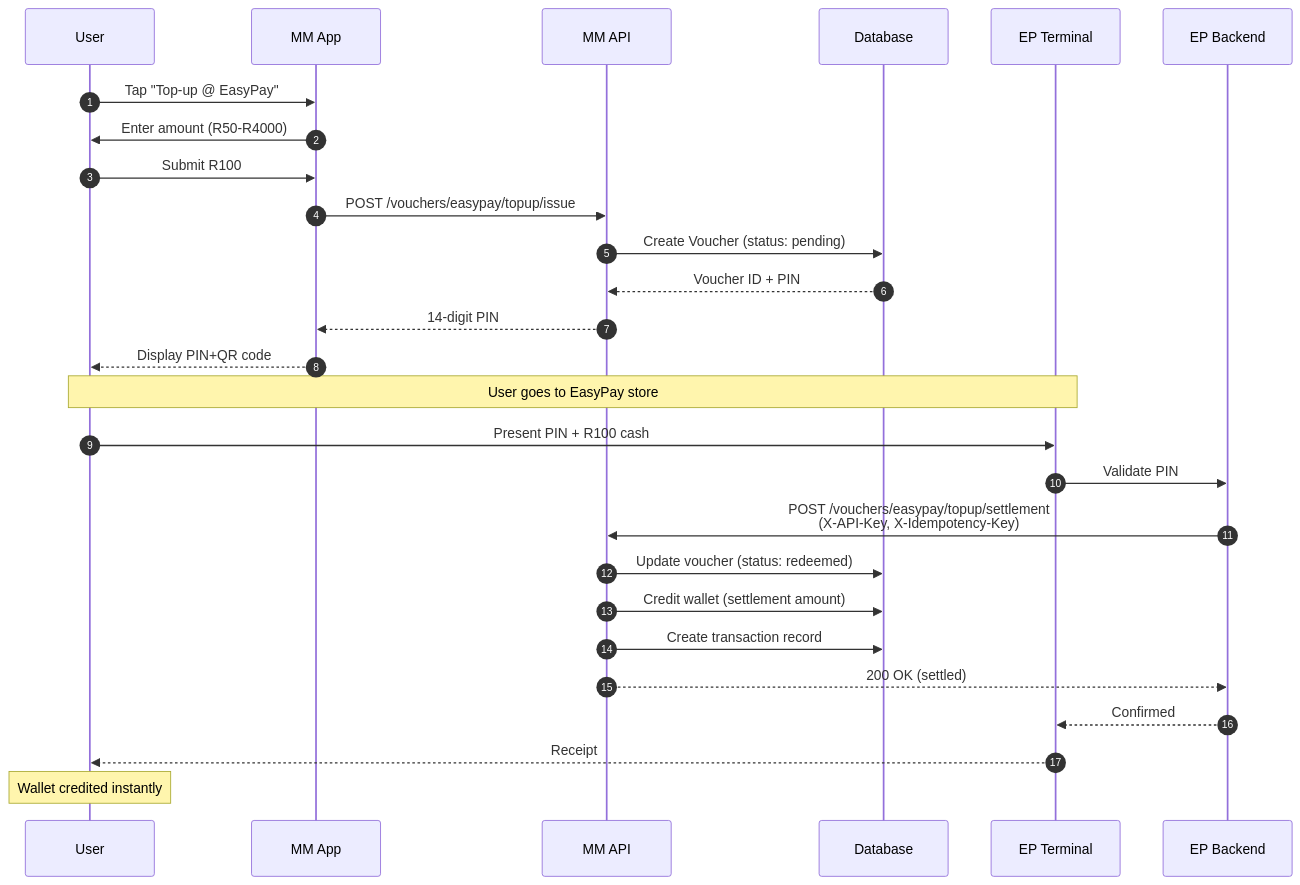
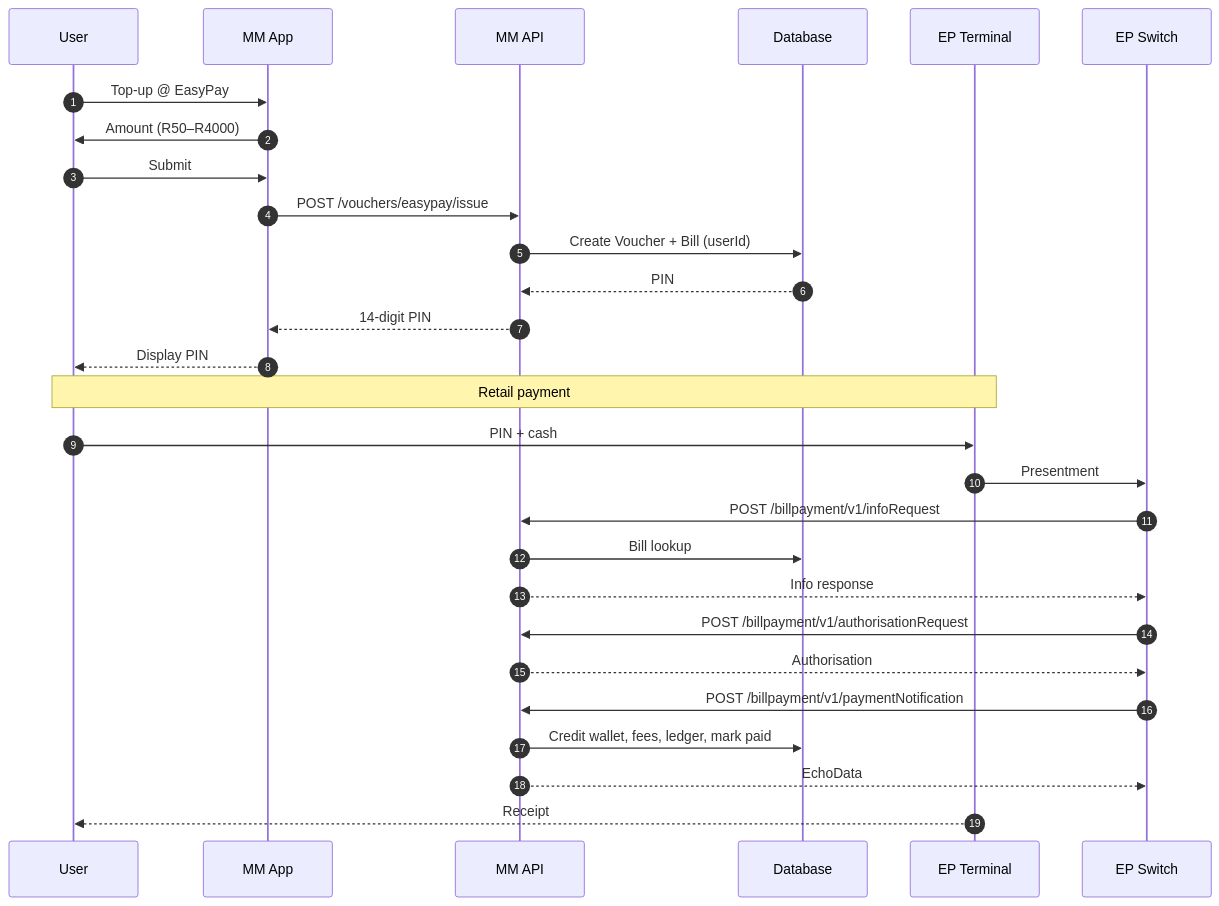
One commit to mymoolah-africa/mymoolah-platform changed the sixth of 7 diagrams in docs/integrations/EasyPay_API_Integration_Guide.md. Above: the diagram before and after it, drawn with Mermaid. The commit also changed other lines of this file and 12 other files, not shown here.

First line of the commit message:
docs: EasyPay V5 partner Q&A checklist and full doc alignment (v2.94.3)

````diff
--- a/docs/integrations/EasyPay_API_Integration_Guide.md
+++ b/docs/integrations/EasyPay_API_Integration_Guide.md
@@ -1296,32 +1341,32 @@
 ```mermaid
 sequenceDiagram
     autonumber
     participant U as User
     participant App as MM App
     participant API as MM API
     participant DB as Database
     participant EPTerm as EP Terminal
-    participant EPBack as EP Backend
-    
-    U->>App: Tap "Top-up @ EasyPay"
-    App->>U: Enter amount (R50-R4000)
-    U->>App: Submit R100
-    App->>API: POST /vouchers/easypay/topup/issue
-    API->>DB: Create Voucher (status: pending)
-    DB-->>API: Voucher ID + PIN
+    participant EPSwitch as EP Switch
+
+    U->>App: Top-up @ EasyPay
+    App->>U: Amount (R50–R4000)
+    U->>App: Submit
+    App->>API: POST /vouchers/easypay/issue
+    API->>DB: Create Voucher + Bill (userId)
+    DB-->>API: PIN
     API-->>App: 14-digit PIN
-    App-->>U: Display PIN+QR code
-    
-    Note over U,EPTerm: User goes to EasyPay store
-    U->>EPTerm: Present PIN + R100 cash
-    EPTerm->>EPBack: Validate PIN
-    EPBack->>API: POST /vouchers/easypay/topup/settlement<br/>(X-API-Key, X-Idempotency-Key)
-    API->>DB: Update voucher (status: redeemed)
-    API->>DB: Credit wallet (settlement amount)
-    API->>DB: Create transaction record
-    API-->>EPBack: 200 OK (settled)
-    EPBack-->>EPTerm: Confirmed
+    App-->>U: Display PIN
+
+    Note over U,EPTerm: Retail payment
+    U->>EPTerm: PIN + cash
+    EPTerm->>EPSwitch: Presentment
+    EPSwitch->>API: POST /billpayment/v1/infoRequest
+    API->>DB: Bill lookup
+    API-->>EPSwitch: Info response
+    EPSwitch->>API: POST /billpayment/v1/authorisationRequest
+    API-->>EPSwitch: Authorisation
+    EPSwitch->>API: POST /billpayment/v1/paymentNotification
+    API->>DB: Credit wallet, fees, ledger, mark paid
+    API-->>EPSwitch: EchoData
     EPTerm-->>U: Receipt
-    
-    Note over U: Wallet credited instantly
 ```
````
